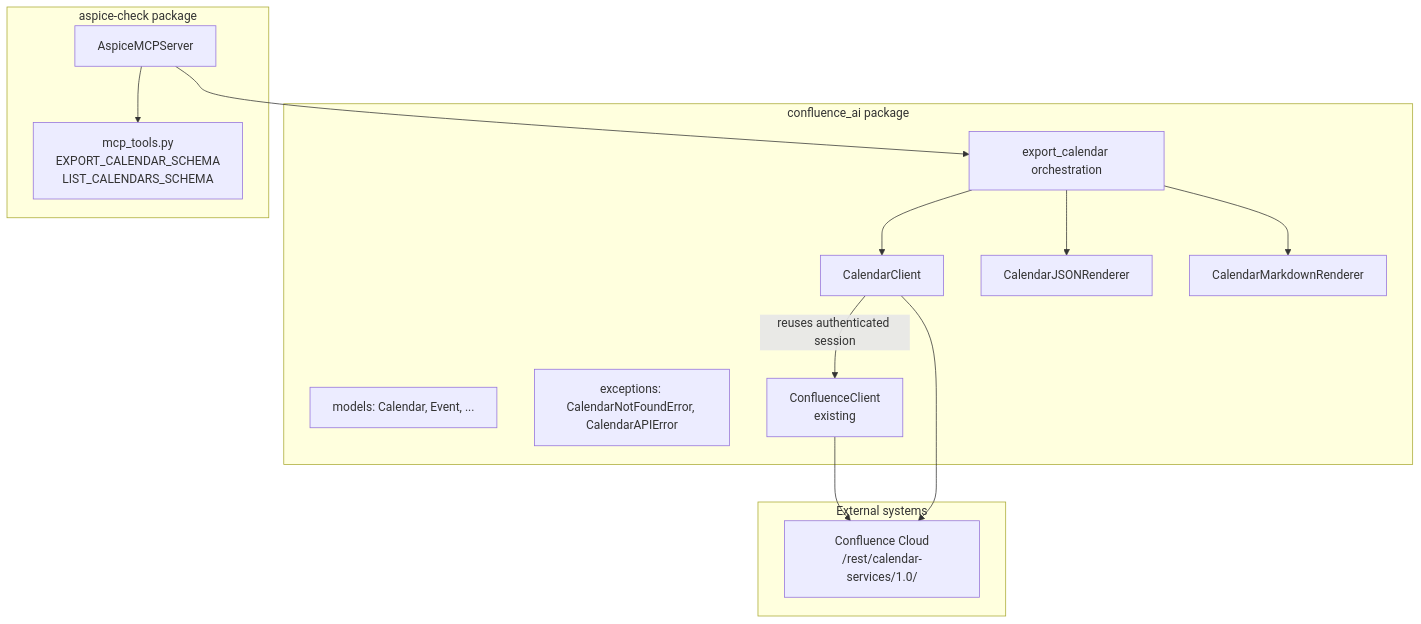
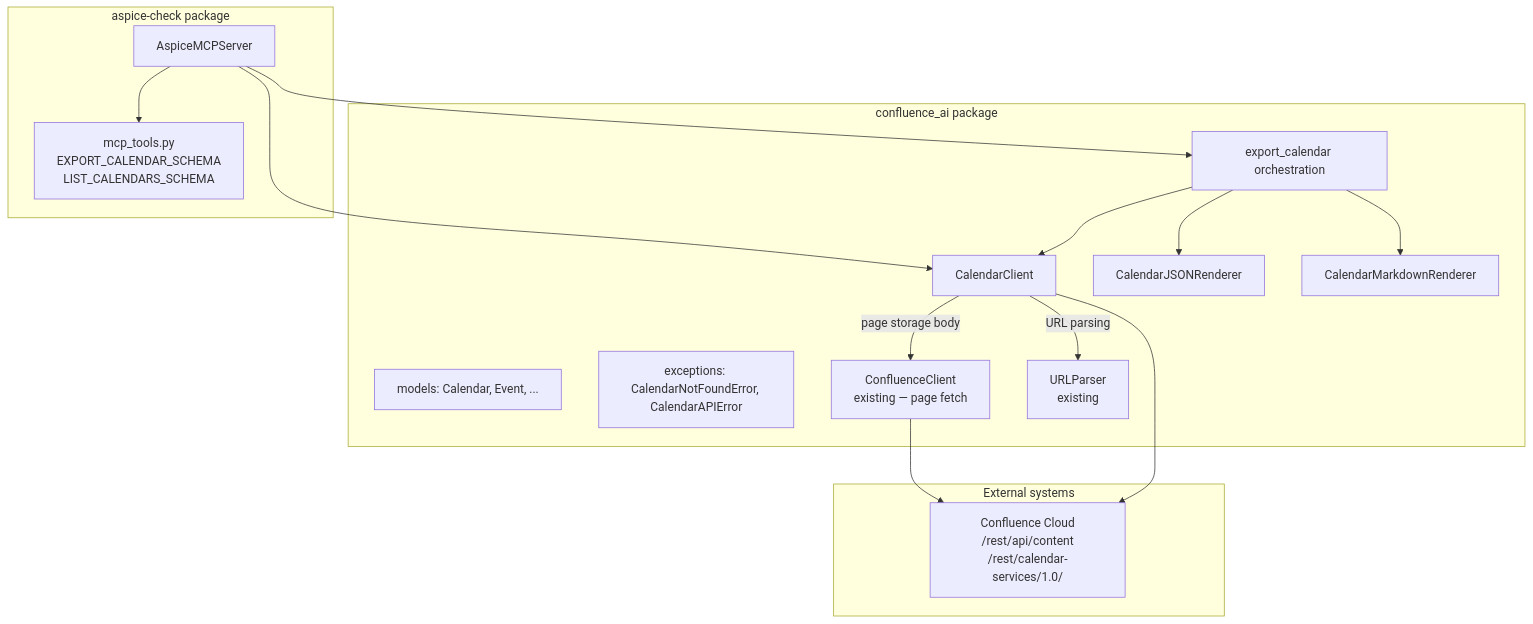
Before and after one commit to oddisej/aspice-check: the first of 4 diagrams in .kiro/specs/confluence-calendar-export/design.md, drawn with Mermaid. The commit also changed other lines of this file and 2 other files, not shown here.

Commit message:
docs(confluence-calendar-export): Update requirements, design, and tasks

````diff
--- a/.kiro/specs/confluence-calendar-export/design.md
+++ b/.kiro/specs/confluence-calendar-export/design.md
@@ -37,31 +40,34 @@
 ```mermaid
 graph TB
     subgraph confluence_ai["confluence_ai package"]
         CAL_CLIENT[CalendarClient]
         CAL_EXPORT[export_calendar orchestration]
         CAL_RENDER_JSON[CalendarJSONRenderer]
         CAL_RENDER_MD[CalendarMarkdownRenderer]
         CAL_MODELS[models: Calendar, Event, ...]
         CAL_EXCEPTIONS[exceptions: CalendarNotFoundError, CalendarAPIError]
 
-        CONFLUENCE_CLIENT[ConfluenceClient<br/>existing]
+        CONFLUENCE_CLIENT[ConfluenceClient<br/>existing — page fetch]
+        URL_PARSER[URLParser<br/>existing]
     end
 
     subgraph aspice_check["aspice-check package"]
         MCP[AspiceMCPServer]
         SCHEMAS[mcp_tools.py<br/>EXPORT_CALENDAR_SCHEMA<br/>LIST_CALENDARS_SCHEMA]
     end
 
     subgraph external["External systems"]
-        CONFLUENCE[Confluence Cloud<br/>/rest/calendar-services/1.0/]
+        CONFLUENCE[Confluence Cloud<br/>/rest/api/content<br/>/rest/calendar-services/1.0/]
     end
 
     MCP --> CAL_EXPORT
+    MCP --> CAL_CLIENT
     MCP --> SCHEMAS
     CAL_EXPORT --> CAL_CLIENT
     CAL_EXPORT --> CAL_RENDER_JSON
     CAL_EXPORT --> CAL_RENDER_MD
-    CAL_CLIENT -- reuses authenticated session --> CONFLUENCE_CLIENT
+    CAL_CLIENT -- page storage body --> CONFLUENCE_CLIENT
+    CAL_CLIENT -- URL parsing --> URL_PARSER
     CONFLUENCE_CLIENT --> CONFLUENCE
     CAL_CLIENT --> CONFLUENCE
 ```
````
